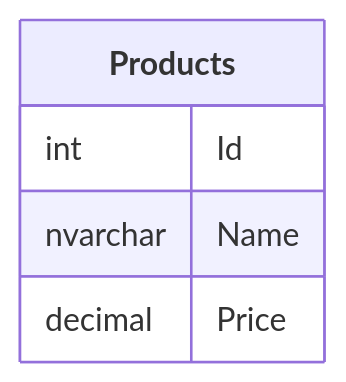
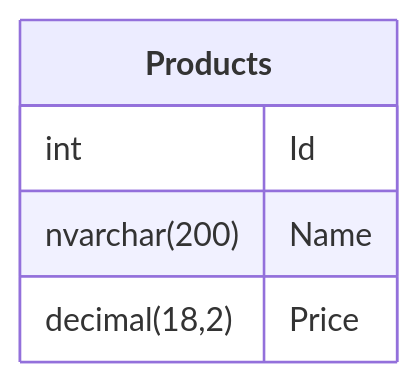
The diagram in src/SqlServerToMermaidTool.Tests/IntegrationTests.SqlFile_ToMarkdown.verified.md (SimonCropp/DbToMermaid), drawn with Mermaid before and after one commit. The commit also changed 26 other files, not shown here.

````diff
--- a/src/SqlServerToMermaidTool.Tests/IntegrationTests.SqlFile_ToMarkdown.verified.md
+++ b/src/SqlServerToMermaidTool.Tests/IntegrationTests.SqlFile_ToMarkdown.verified.md
@@ -1,8 +1,8 @@
 ```mermaid
 erDiagram
   Products["**Products**"] {
     int Id
-    nvarchar Name
-    decimal Price
+    nvarchar(200) Name
+    decimal(18,2) Price
   }
 ```
````
